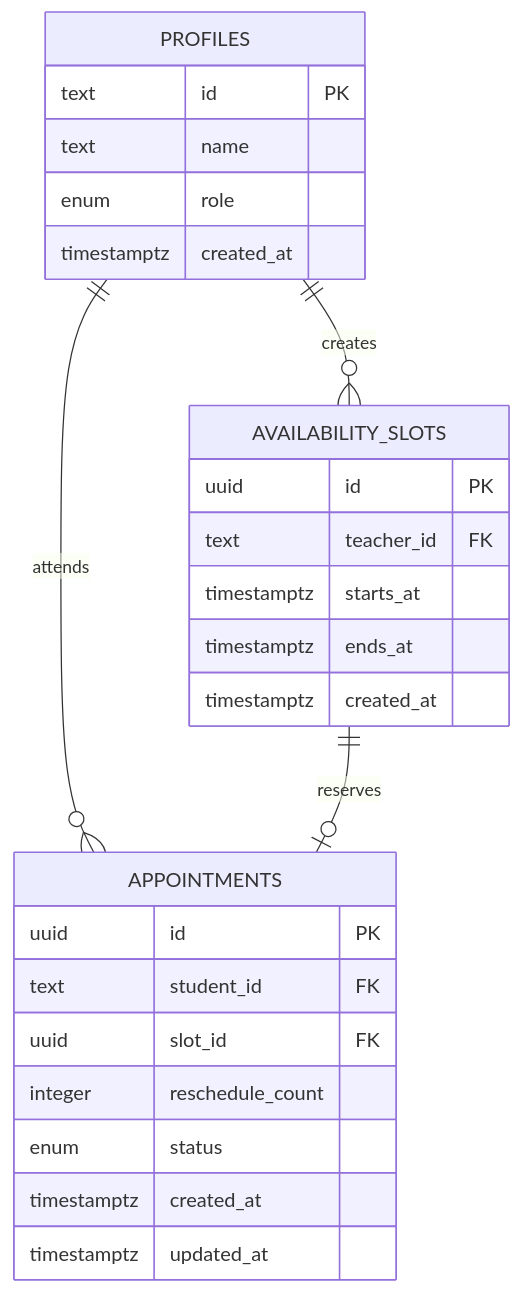
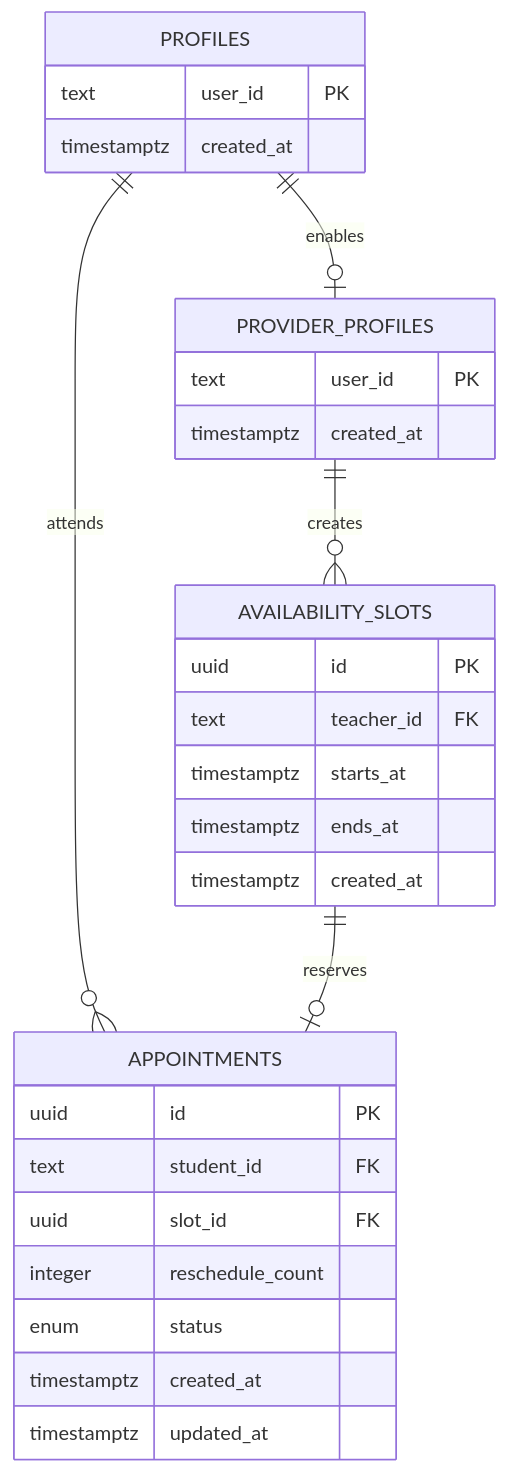
The second of 2 diagrams in README.md (Asharp97/peerslot), drawn with Mermaid before and after one commit. The commit also changed other lines of this file and 15 other files, not shown here.

Commit message:
feat(provider): replace user roles with provider capabilities

````diff
--- a/README.md
+++ b/README.md
@@ -123,31 +124,35 @@
 ```mermaid
 erDiagram
-    PROFILES ||--o{ AVAILABILITY_SLOTS : creates
+    PROFILES ||--o| PROVIDER_PROFILES : enables
+    PROVIDER_PROFILES ||--o{ AVAILABILITY_SLOTS : creates
     PROFILES ||--o{ APPOINTMENTS : attends
     AVAILABILITY_SLOTS ||--o| APPOINTMENTS : reserves
 
     PROFILES {
-        text id PK
-        text name
-        enum role
+        text user_id PK
+        timestamptz created_at
+    }
+
+    PROVIDER_PROFILES {
+        text user_id PK
         timestamptz created_at
     }
 
     AVAILABILITY_SLOTS {
         uuid id PK
         text teacher_id FK
         timestamptz starts_at
         timestamptz ends_at
         timestamptz created_at
     }
 
     APPOINTMENTS {
         uuid id PK
         text student_id FK
         uuid slot_id FK
         integer reschedule_count
         enum status
         timestamptz created_at
         timestamptz updated_at
     }
 ```
````
